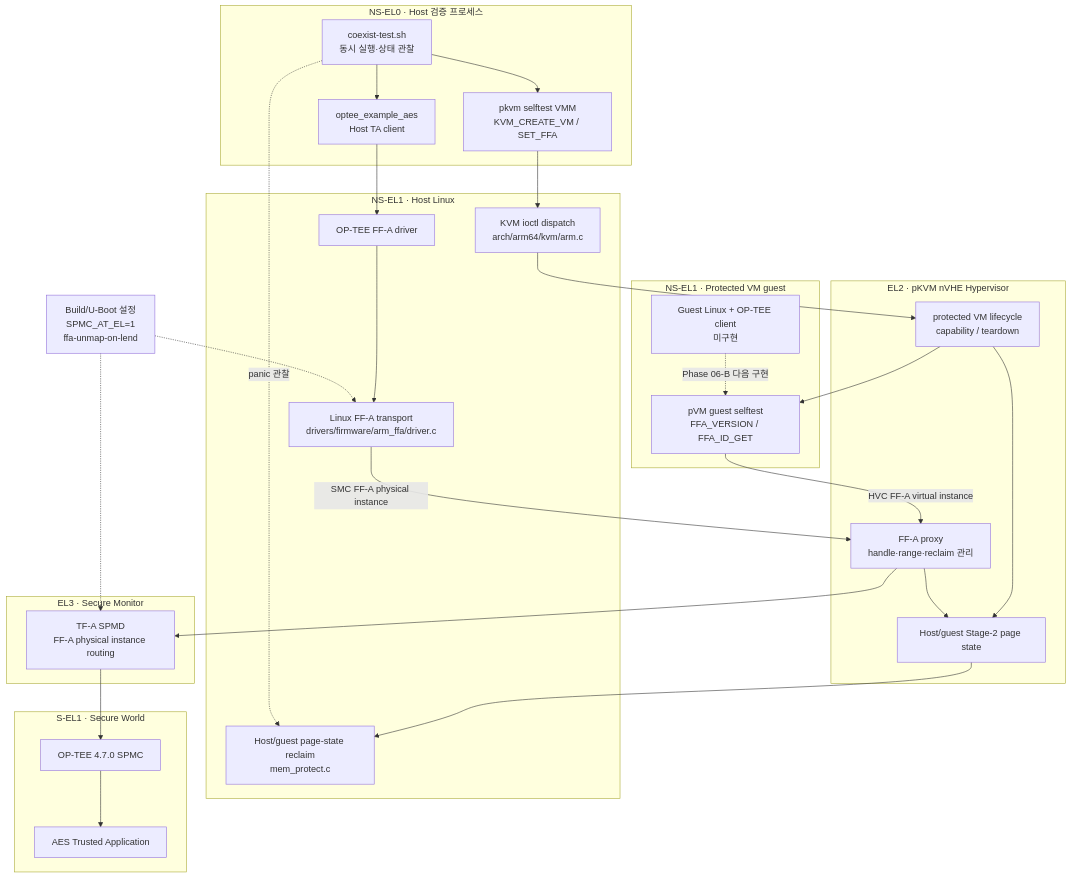
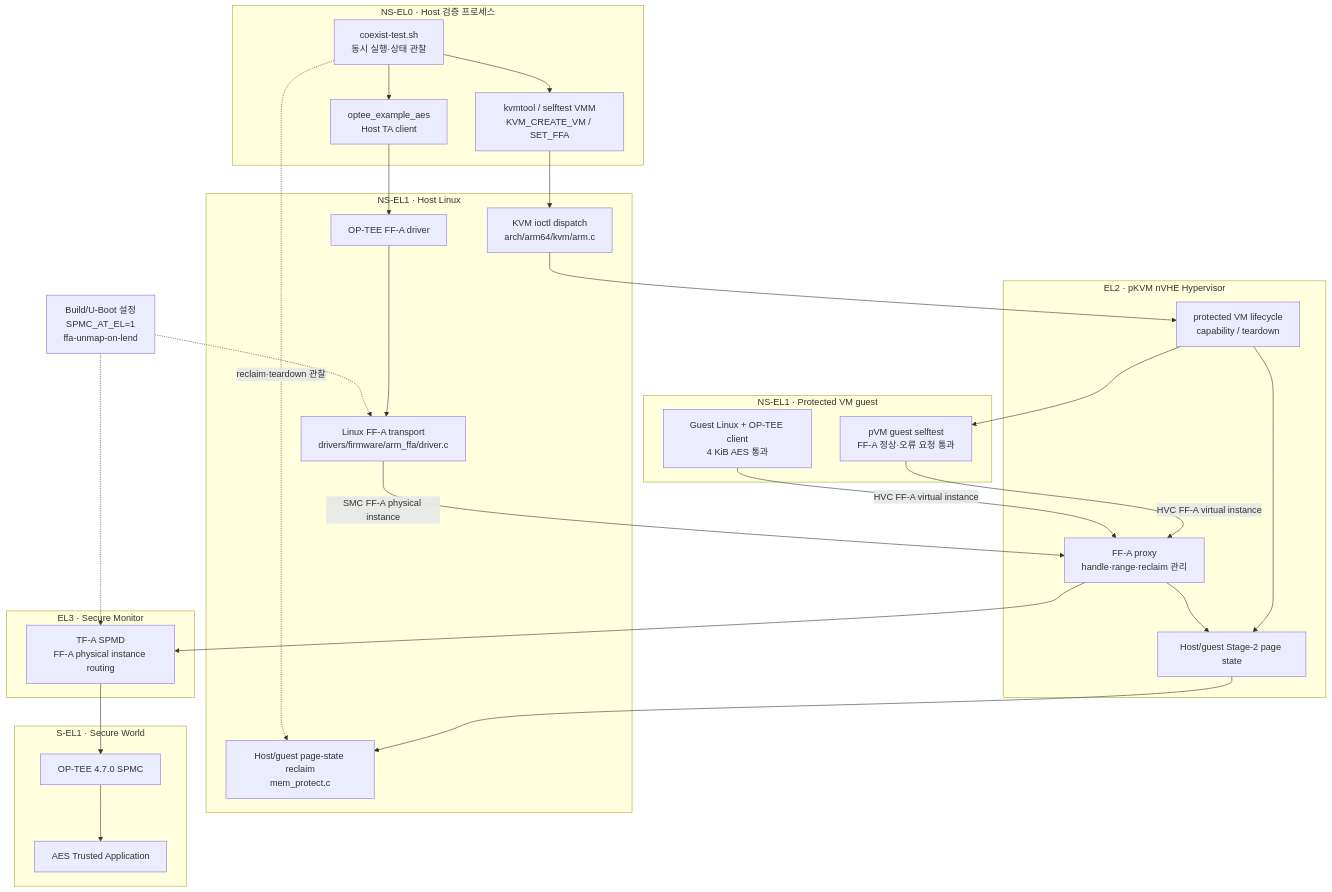
Before and after one commit to boram1288/poc-p: the diagram in docs/phase-06-b/README.md, drawn with Mermaid. The commit also changed other lines of this file, not shown here.

Commit message:
Summarize host exposure and link phase documentation

````diff
--- a/docs/phase-06-b/README.md
+++ b/docs/phase-06-b/README.md
@@ -206,53 +262,53 @@
 ```mermaid
 flowchart TB
     subgraph EL0["NS-EL0 · Host 검증 프로세스"]
         COEX["coexist-test.sh\n동시 실행·상태 관찰"]
         AES["optee_example_aes\nHost TA client"]
-        VMM["pkvm selftest VMM\nKVM_CREATE_VM / SET_FFA"]
+        VMM["kvmtool / selftest VMM\nKVM_CREATE_VM / SET_FFA"]
     end
 
     subgraph NS_EL1["NS-EL1 · Host Linux"]
         KVMIO["KVM ioctl dispatch\narch/arm64/kvm/arm.c"]
         FFAHOST["Linux FF-A transport\ndrivers/firmware/arm_ffa/driver.c"]
         OPTEEDRV["OP-TEE FF-A driver"]
         MEMPROTECT["Host/guest page-state reclaim\nmem_protect.c"]
     end
 
     subgraph PVM_EL1["NS-EL1 · Protected VM guest"]
-        PVMTEST["pVM guest selftest\nFFA_VERSION / FFA_ID_GET"]
-        GUESTTA["Guest Linux + OP-TEE client\n미구현"]
+        PVMTEST["pVM guest selftest\nFF-A 정상·오류 요청 통과"]
+        GUESTTA["Guest Linux + OP-TEE client\n4 KiB AES 통과"]
     end
 
     subgraph EL2["EL2 · pKVM nVHE Hypervisor"]
         HYPFFA["FF-A proxy\nhandle·range·reclaim 관리"]
         HYPVM["protected VM lifecycle\ncapability / teardown"]
         HYPSTATE["Host/guest Stage-2 page state"]
     end
 
     subgraph SEL1["S-EL1 · Secure World"]
         SPMC["OP-TEE 4.7.0 SPMC"]
         TA["AES Trusted Application"]
     end
 
     subgraph EL3["EL3 · Secure Monitor"]
         SPMD["TF-A SPMD\nFF-A physical instance routing"]
     end
 
     BOOT["Build/U-Boot 설정\nSPMC_AT_EL=1\nffa-unmap-on-lend"]
 
     COEX --> AES
     COEX --> VMM
     AES --> OPTEEDRV --> FFAHOST
     VMM --> KVMIO --> HYPVM
     HYPVM --> PVMTEST
     PVMTEST -->|"HVC FF-A virtual instance"| HYPFFA
+    GUESTTA -->|"HVC FF-A virtual instance"| HYPFFA
     FFAHOST -->|"SMC FF-A physical instance"| HYPFFA
     HYPFFA --> SPMD --> SPMC --> TA
     HYPVM --> HYPSTATE
     HYPFFA --> HYPSTATE
     HYPSTATE --> MEMPROTECT
-    GUESTTA -. "Phase 06-B 다음 구현" .-> PVMTEST
     BOOT -.-> SPMD
     BOOT -.-> FFAHOST
-    COEX -. "panic 관찰" .-> MEMPROTECT
+    COEX -. "reclaim·teardown 관찰" .-> MEMPROTECT
 ```
````
